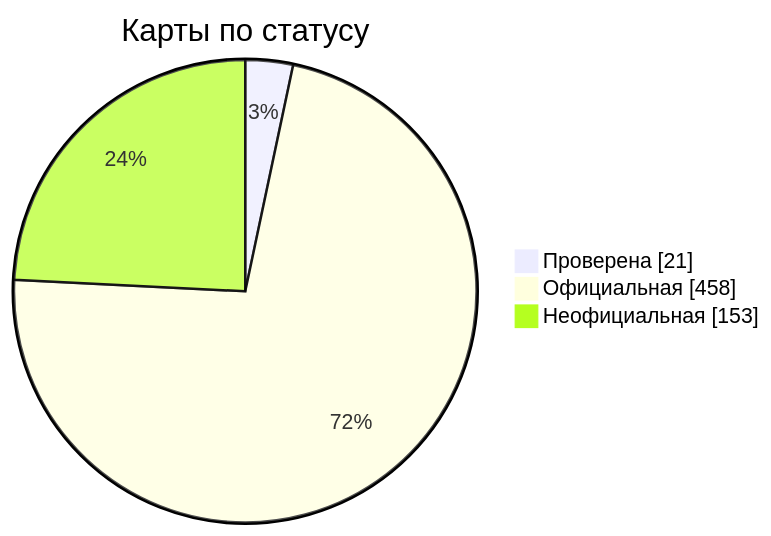
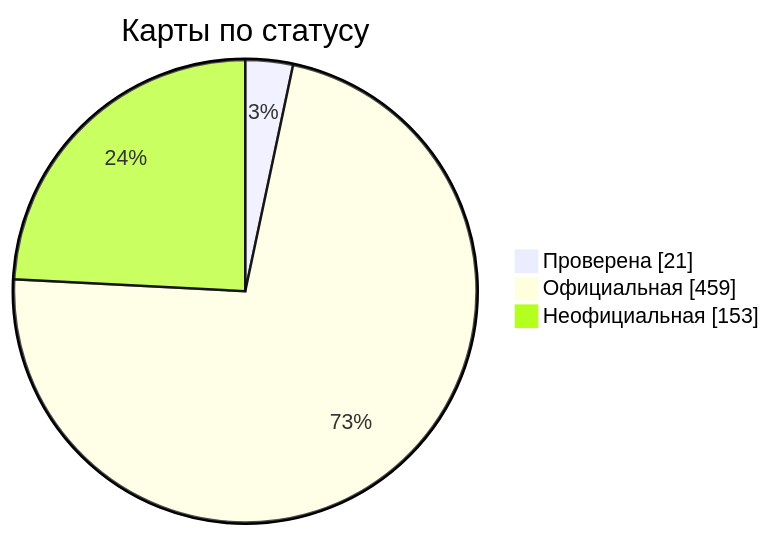
One commit to nobrega8/mbmap-library changed the diagram in docs/readme/README_RU.md. Above: the diagram before and after it, drawn with Mermaid. The commit also changed 6 other files, not shown here.

````diff
--- a/docs/readme/README_RU.md
+++ b/docs/readme/README_RU.md
@@ -54,7 +54,7 @@
 ```mermaid
 pie showData
     title Карты по статусу
     "Проверена" : 21
-    "Официальная" : 458
+    "Официальная" : 459
     "Неофициальная" : 153
 ```
````
